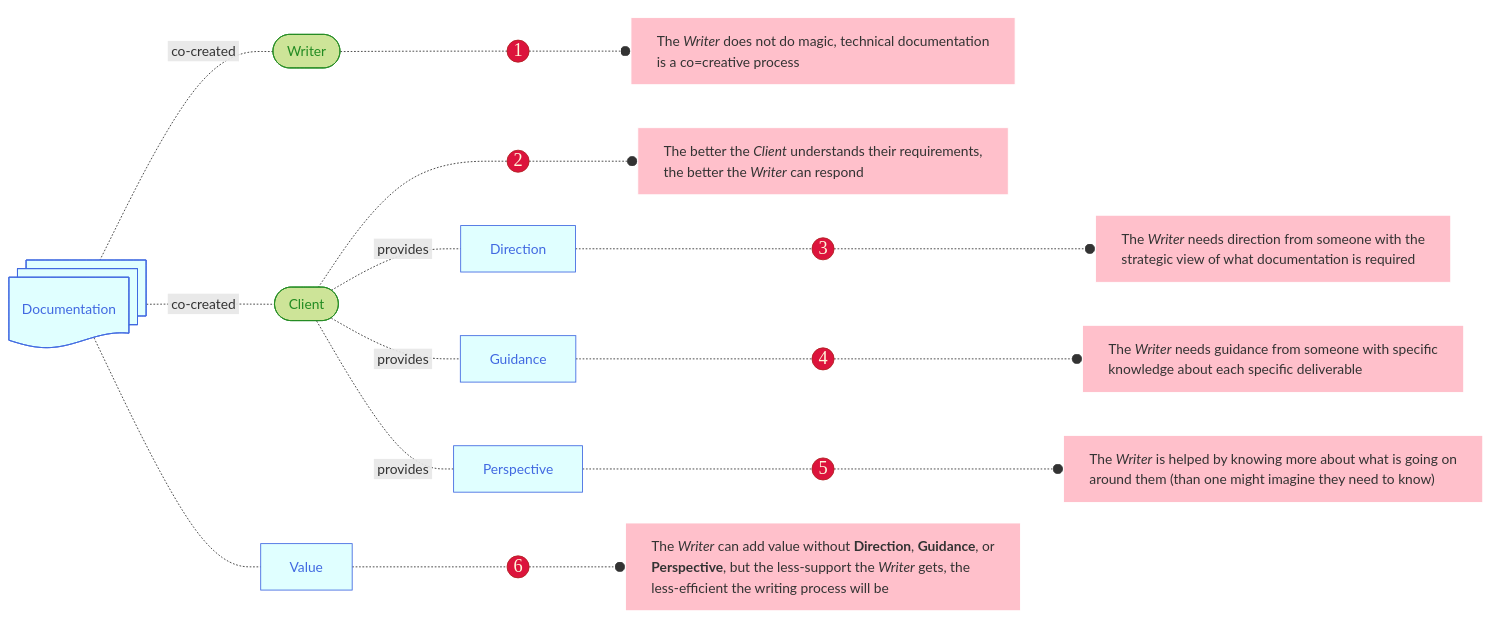
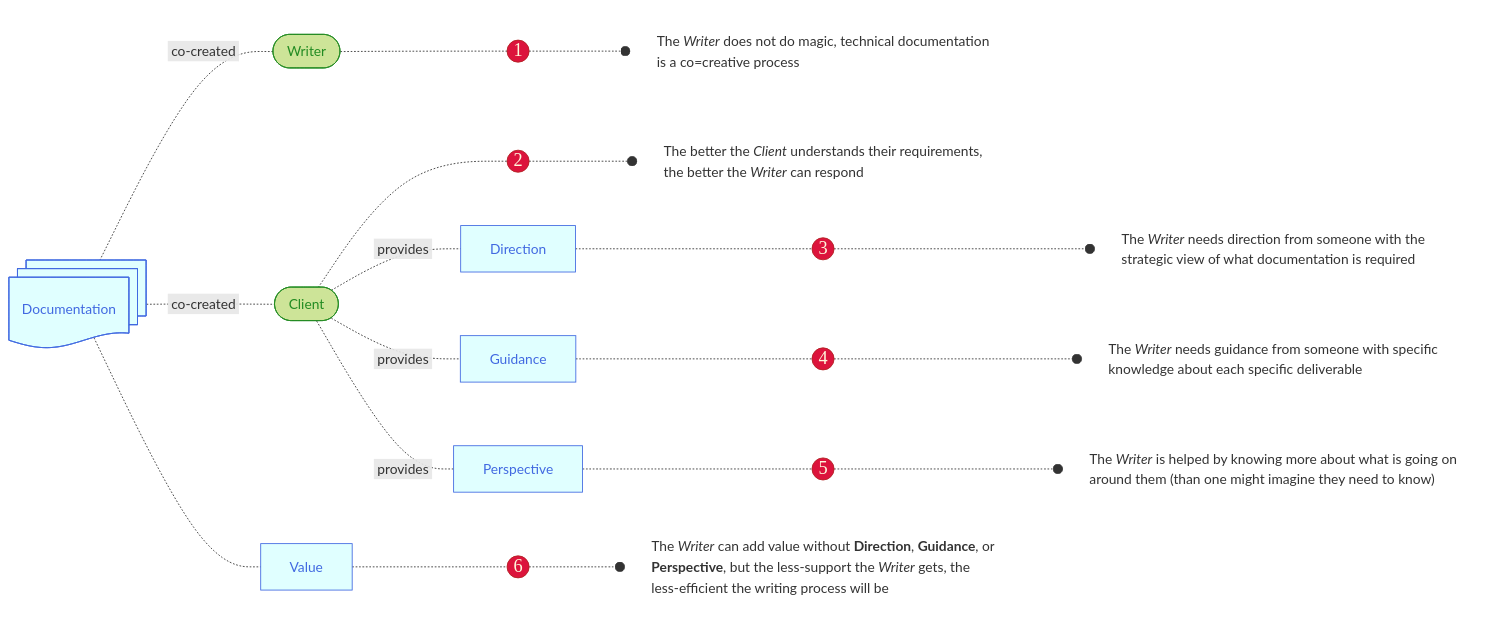
One commit to joe-dorward/samples changed the diagram in contract_v2.md. Above: the diagram before and after it, drawn with Mermaid.

```diff
--- a/contract_v2.md
+++ b/contract_v2.md
@@ -10,8 +10,9 @@
   classDef User fill:#cde498, stroke:forestgreen, color:forestgreen;
   classDef Number fill:crimson, color:cornsilk, stroke:firebrick, font-family:verdana, font-size:16pt, padding:10px;
   classDef Entity fill:lightcyan, stroke:royalblue, color:royalblue;
+
   %%classDef Note fill:transparent, stroke:white, text-align:left, font-size: 95% ;
-  classDef Note fill:pink, stroke:white, text-align:left;
+  classDef Note fill:transparent, stroke:white, text-align:left;
 
   %% ---------- ---------- ---------- ---------- ---------- ---------- ---------- ---------- ---------- ----------
   DOCUMENTATION_01@{ shape: docs, label: "Documentation"}
```
